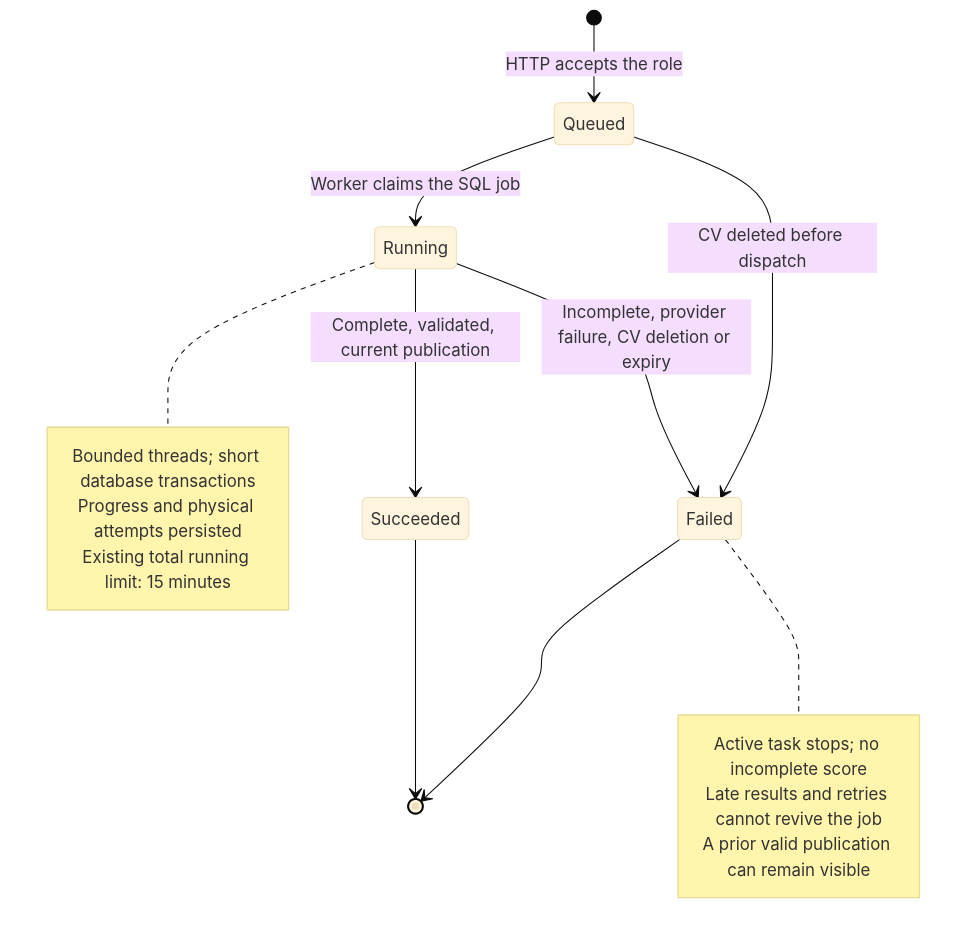
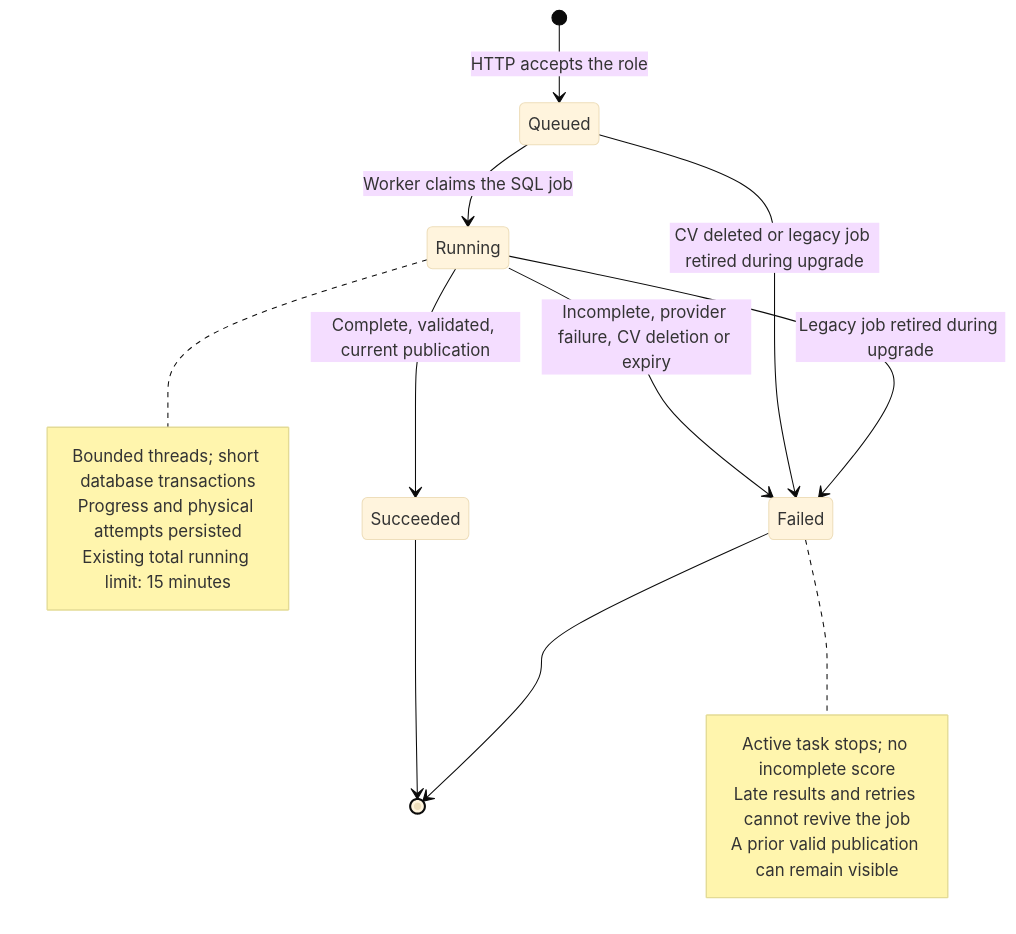
Before and after one commit to ArifMehmood16/career-intelligence-assistant: the third of 4 diagrams in docs/architecture.md, drawn with Mermaid (base theme). The commit also changed other lines of this file and 18 other files, not shown here.

Commit message:
docs: refresh architecture and illustrated usage guide

````diff
--- a/docs/architecture.md
+++ b/docs/architecture.md
@@ -108,20 +161,21 @@
 ```mermaid
 stateDiagram-v2
   [*] --> Queued: HTTP accepts the role
   Queued --> Running: Worker claims the SQL job
   Running --> Succeeded: Complete, validated, current publication
   Running --> Failed: Incomplete, provider failure, CV deletion or expiry
-  Queued --> Failed: CV deleted before dispatch
+  Queued --> Failed: CV deleted or legacy job retired during upgrade
+  Running --> Failed: Legacy job retired during upgrade
   Succeeded --> [*]
   Failed --> [*]
   note right of Running
     Bounded threads; short database transactions
     Progress and physical attempts persisted
     Existing total running limit: 15 minutes
   end note
   note right of Failed
     Active task stops; no incomplete score
     Late results and retries cannot revive the job
     A prior valid publication can remain visible
   end note
 ```
````
